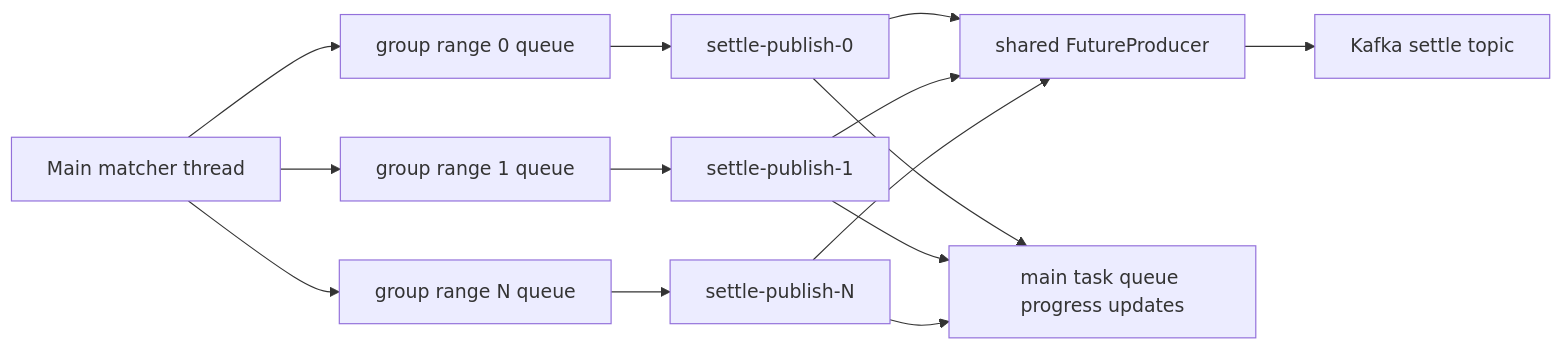
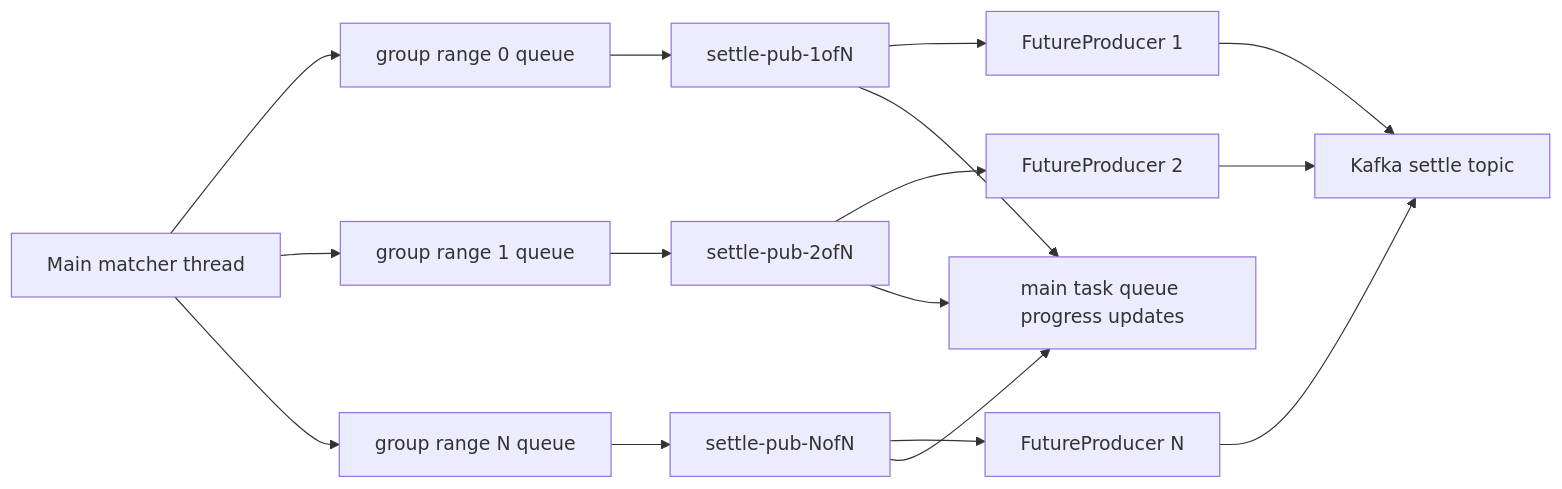
Before and after one commit to rqzrqh/matchengine_rust: the diagram in doc/publish-performance.md, drawn with Mermaid. The commit also changed other lines of this file and 18 other files, not shown here.

````diff
--- a/doc/publish-performance.md
+++ b/doc/publish-performance.md
@@ -60,16 +75,18 @@
 ```mermaid
 flowchart LR
   Matcher["Main matcher thread"] --> Queue0["group range 0 queue"]
   Matcher --> Queue1["group range 1 queue"]
   Matcher --> QueueN["group range N queue"]
-  Queue0 --> Worker0["settle-publish-0"]
-  Queue1 --> Worker1["settle-publish-1"]
-  QueueN --> WorkerN["settle-publish-N"]
-  Worker0 --> Producer["shared FutureProducer"]
-  Worker1 --> Producer
-  WorkerN --> Producer
-  Producer --> Kafka["Kafka settle topic"]
+  Queue0 --> Worker0["settle-pub-1ofN"]
+  Queue1 --> Worker1["settle-pub-2ofN"]
+  QueueN --> WorkerN["settle-pub-NofN"]
+  Worker0 --> Producer0["FutureProducer 1"]
+  Worker1 --> Producer1["FutureProducer 2"]
+  WorkerN --> ProducerN["FutureProducer N"]
+  Producer0 --> Kafka["Kafka settle topic"]
+  Producer1 --> Kafka
+  ProducerN --> Kafka
   Worker0 --> Progress["main task queue progress updates"]
   Worker1 --> Progress
   WorkerN --> Progress
 ```
````
